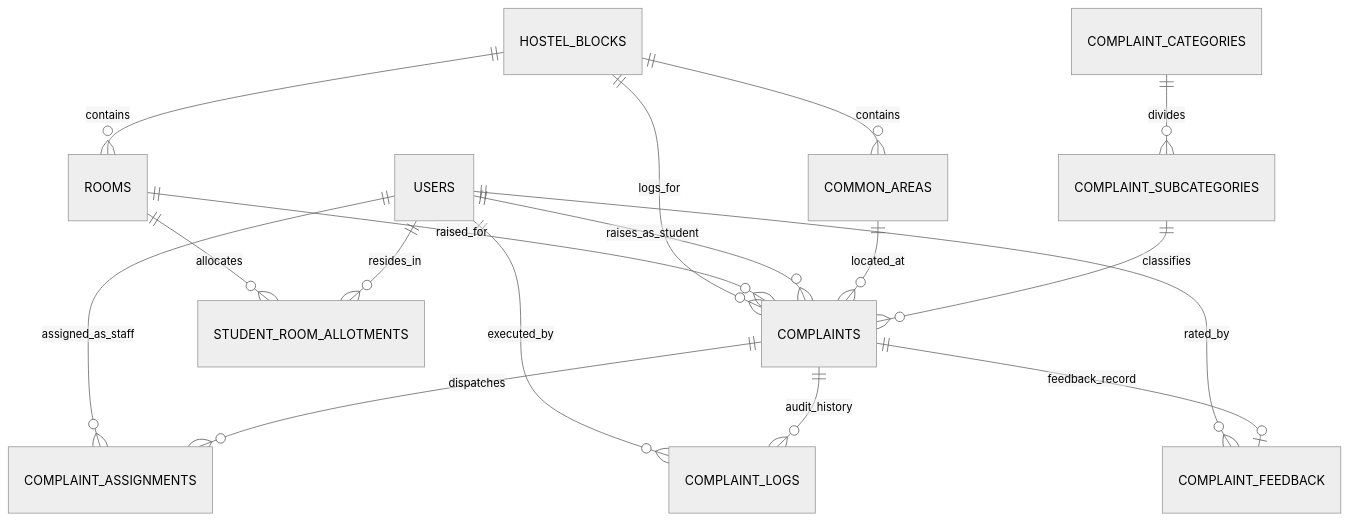
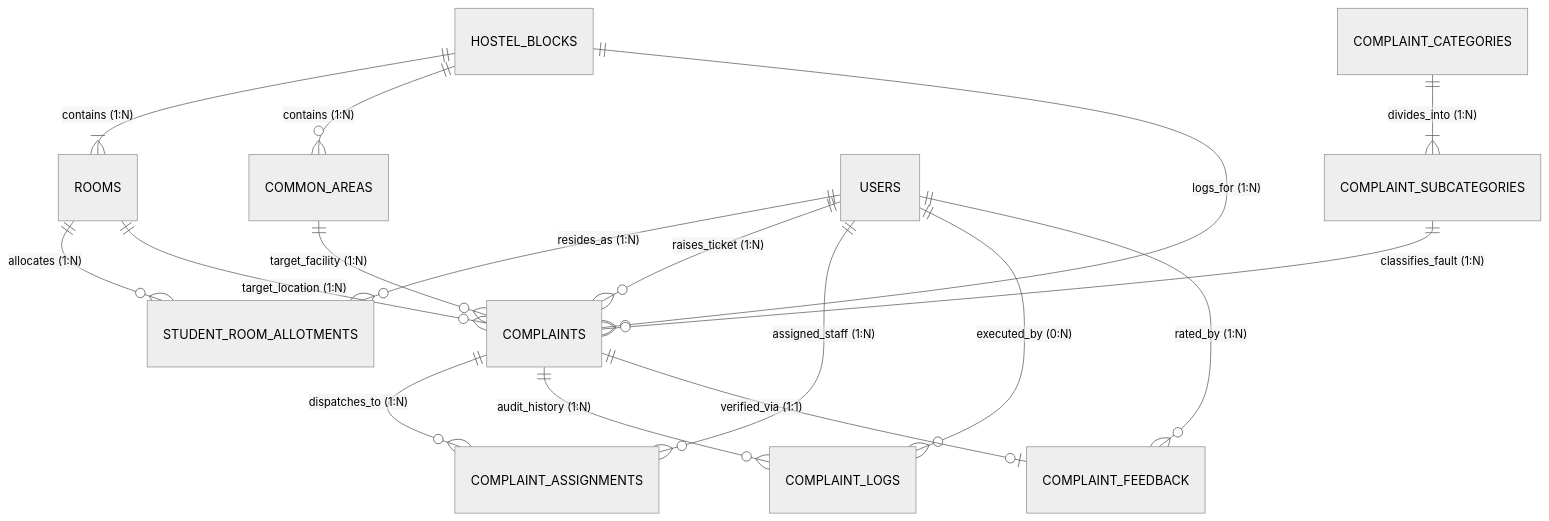
The second of 2 diagrams in docs/ACADEMIC_REPORT.md (Divyakush2006/FixMaster), drawn with Mermaid (neutral theme) before and after one commit. The commit also changed other lines of this file and 17 other files, not shown here.

````diff
--- a/docs/ACADEMIC_REPORT.md
+++ b/docs/ACADEMIC_REPORT.md
@@ -138,24 +89,24 @@
 ```mermaid
 erDiagram
-    HOSTEL_BLOCKS ||--o{ ROOMS : contains
-    HOSTEL_BLOCKS ||--o{ COMMON_AREAS : contains
-    HOSTEL_BLOCKS ||--o{ COMPLAINTS : logs_for
+    HOSTEL_BLOCKS ||--|{ ROOMS : "contains (1:N)"
+    HOSTEL_BLOCKS ||--o{ COMMON_AREAS : "contains (1:N)"
+    HOSTEL_BLOCKS ||--o{ COMPLAINTS : "logs_for (1:N)"
 
-    ROOMS ||--o{ STUDENT_ROOM_ALLOTMENTS : allocates
-    ROOMS ||--o{ COMPLAINTS : raised_for
+    ROOMS ||--o{ STUDENT_ROOM_ALLOTMENTS : "allocates (1:N)"
+    ROOMS ||--o{ COMPLAINTS : "target_location (1:N)"
 
-    USERS ||--o{ STUDENT_ROOM_ALLOTMENTS : resides_in
-    USERS ||--o{ COMPLAINTS : raises_as_student
-    USERS ||--o{ COMPLAINT_ASSIGNMENTS : assigned_as_staff
-    USERS ||--o{ COMPLAINT_LOGS : executed_by
-    USERS ||--o{ COMPLAINT_FEEDBACK : rated_by
+    COMMON_AREAS ||--o{ COMPLAINTS : "target_facility (1:N)"
 
-    COMMON_AREAS ||--o{ COMPLAINTS : located_at
+    USERS ||--o{ STUDENT_ROOM_ALLOTMENTS : "resides_as (1:N)"
+    USERS ||--o{ COMPLAINTS : "raises_ticket (1:N)"
+    USERS ||--o{ COMPLAINT_ASSIGNMENTS : "assigned_staff (1:N)"
+    USERS ||--o{ COMPLAINT_LOGS : "executed_by (0:N)"
+    USERS ||--o{ COMPLAINT_FEEDBACK : "rated_by (1:N)"
 
-    COMPLAINT_CATEGORIES ||--o{ COMPLAINT_SUBCATEGORIES : divides
-    COMPLAINT_SUBCATEGORIES ||--o{ COMPLAINTS : classifies
+    COMPLAINT_CATEGORIES ||--|{ COMPLAINT_SUBCATEGORIES : "divides_into (1:N)"
+    COMPLAINT_SUBCATEGORIES ||--o{ COMPLAINTS : "classifies_fault (1:N)"
 
-    COMPLAINTS ||--o{ COMPLAINT_ASSIGNMENTS : dispatches
-    COMPLAINTS ||--o{ COMPLAINT_LOGS : audit_history
-    COMPLAINTS ||--o| COMPLAINT_FEEDBACK : feedback_record
+    COMPLAINTS ||--o{ COMPLAINT_ASSIGNMENTS : "dispatches_to (1:N)"
+    COMPLAINTS ||--o{ COMPLAINT_LOGS : "audit_history (1:N)"
+    COMPLAINTS ||--o| COMPLAINT_FEEDBACK : "verified_via (1:1)"
 ```
````
